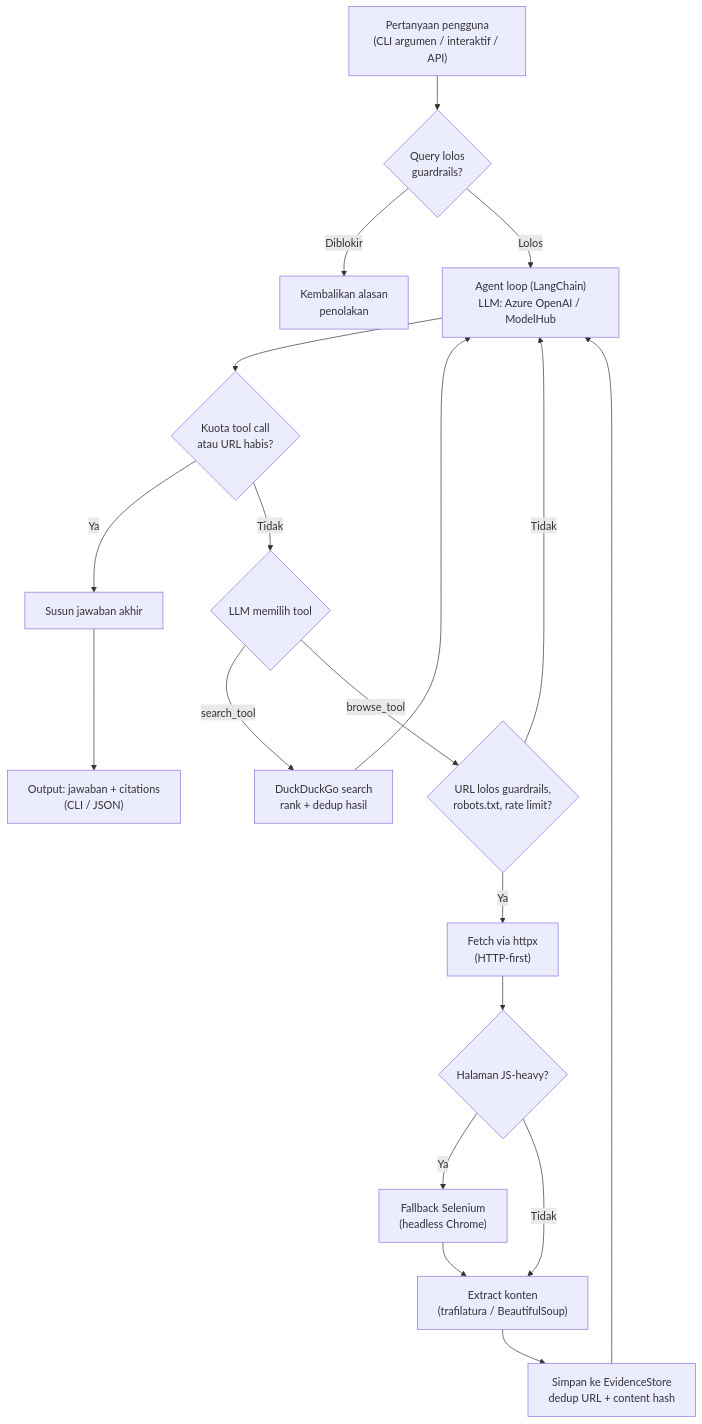
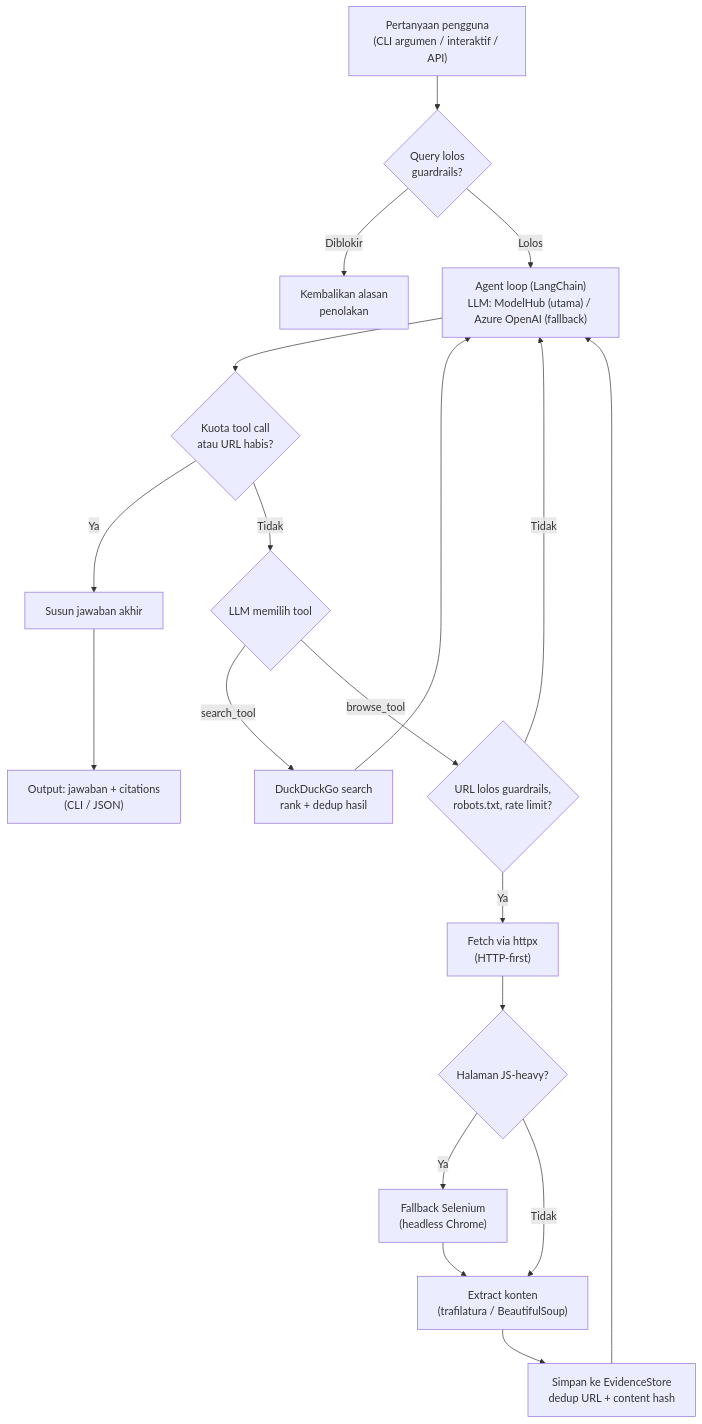
Before and after one commit to GigasTaufan/browsing_agent: the diagram in README.md, drawn with Mermaid. The commit also changed other lines of this file and 28 other files, not shown here.

````diff
--- a/README.md
+++ b/README.md
@@ -49,21 +49,21 @@
 ```mermaid
 flowchart TD
     A["Pertanyaan pengguna<br/>(CLI argumen / interaktif / API)"] --> B{"Query lolos<br/>guardrails?"}
     B -->|Diblokir| C["Kembalikan alasan<br/>penolakan"]
-    B -->|Lolos| D["Agent loop (LangChain)<br/>LLM: Azure OpenAI / ModelHub"]
+    B -->|Lolos| D["Agent loop (LangChain)<br/>LLM: ModelHub (utama) / Azure OpenAI (fallback)"]
     D --> E{"Kuota tool call<br/>atau URL habis?"}
     E -->|Ya| K["Susun jawaban akhir"]
     E -->|Tidak| F{"LLM memilih tool"}
     F -->|search_tool| G["DuckDuckGo search<br/>rank + dedup hasil"]
     F -->|browse_tool| H{"URL lolos guardrails,<br/>robots.txt, rate limit?"}
     H -->|Tidak| D
     H -->|Ya| I["Fetch via httpx<br/>(HTTP-first)"]
     I --> J{"Halaman JS-heavy?"}
     J -->|Ya| J2["Fallback Selenium<br/>(headless Chrome)"]
     J2 --> L["Extract konten<br/>(trafilatura / BeautifulSoup)"]
     J -->|Tidak| L
     L --> M["Simpan ke EvidenceStore<br/>dedup URL + content hash"]
     G --> D
     M --> D
     K --> N["Output: jawaban + citations<br/>(CLI / JSON)"]
 ```
````
